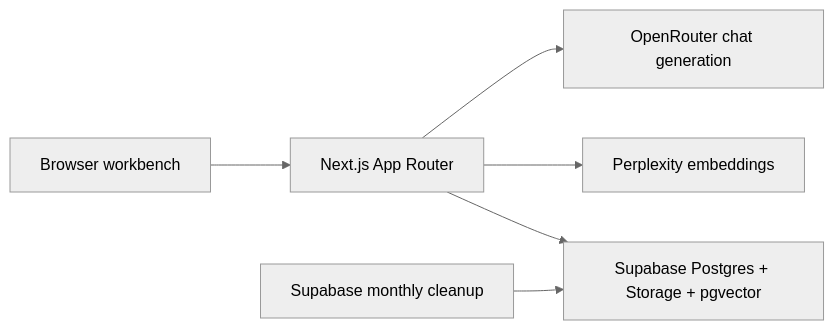
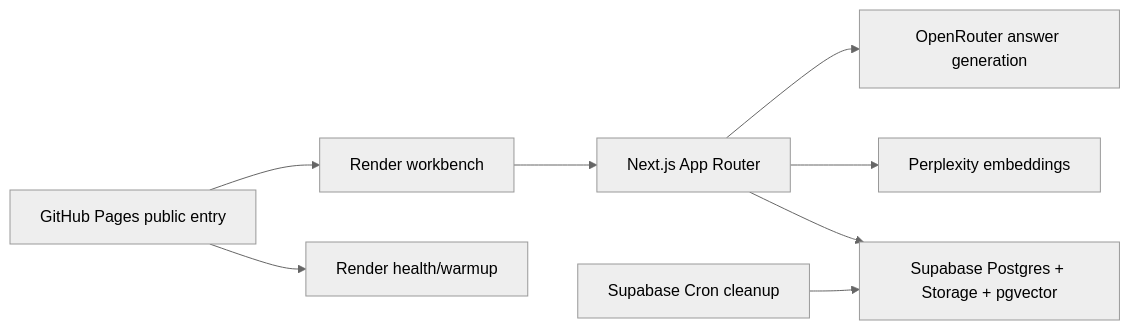
One commit to lagarcess/rag-lens changed the diagram in README.md. Above: the diagram before and after it, drawn with Mermaid (neutral theme). The commit also changed other lines of this file and 19 other files, not shown here.

First line of the commit message:
feat(landing): add public RAG Lens entry

````diff
--- a/README.md
+++ b/README.md
@@ -51,8 +61,10 @@
 ```mermaid
 flowchart LR
-  Browser["Browser workbench"] --> Next["Next.js App Router"]
+  Pages["GitHub Pages public entry"] --> Warmup["Render health/warmup"]
+  Pages --> Workbench["Render workbench"]
+  Workbench --> Next["Next.js App Router"]
   Next --> Supabase["Supabase Postgres + Storage + pgvector"]
   Next --> Perplexity["Perplexity embeddings"]
-  Next --> OpenRouter["OpenRouter chat generation"]
-  SupabaseCron["Supabase monthly cleanup"] --> Supabase
+  Next --> OpenRouter["OpenRouter answer generation"]
+  SupabaseCron["Supabase Cron cleanup"] --> Supabase
 ```
````
